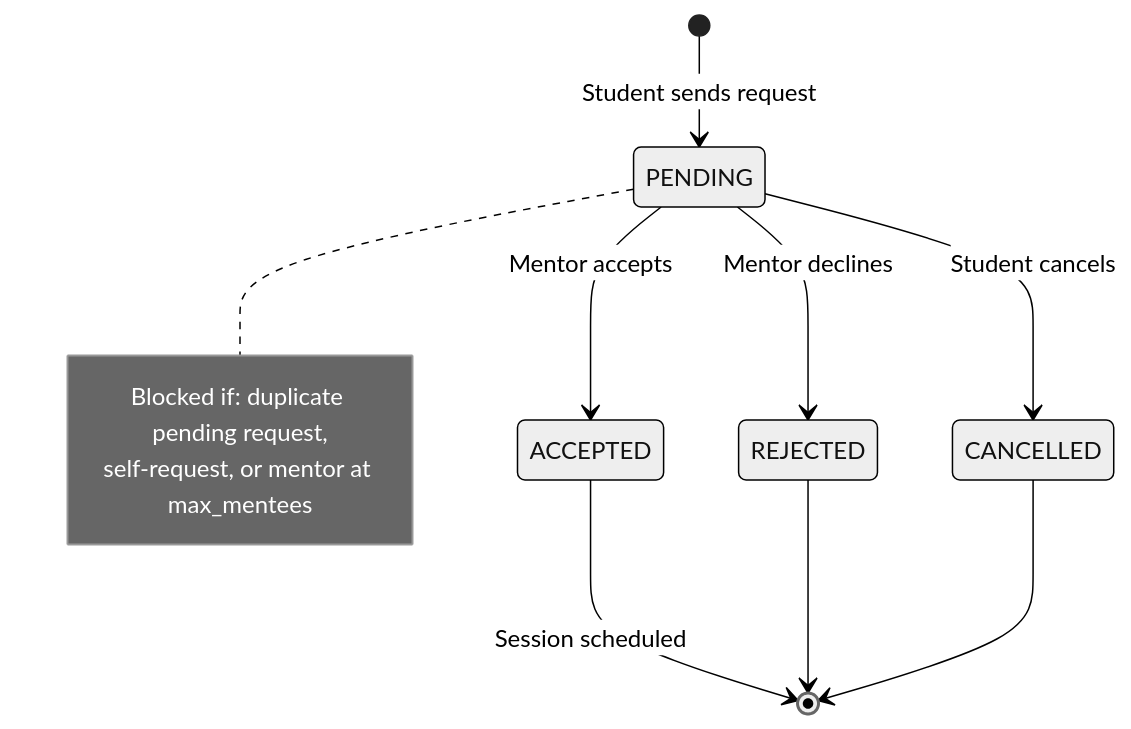
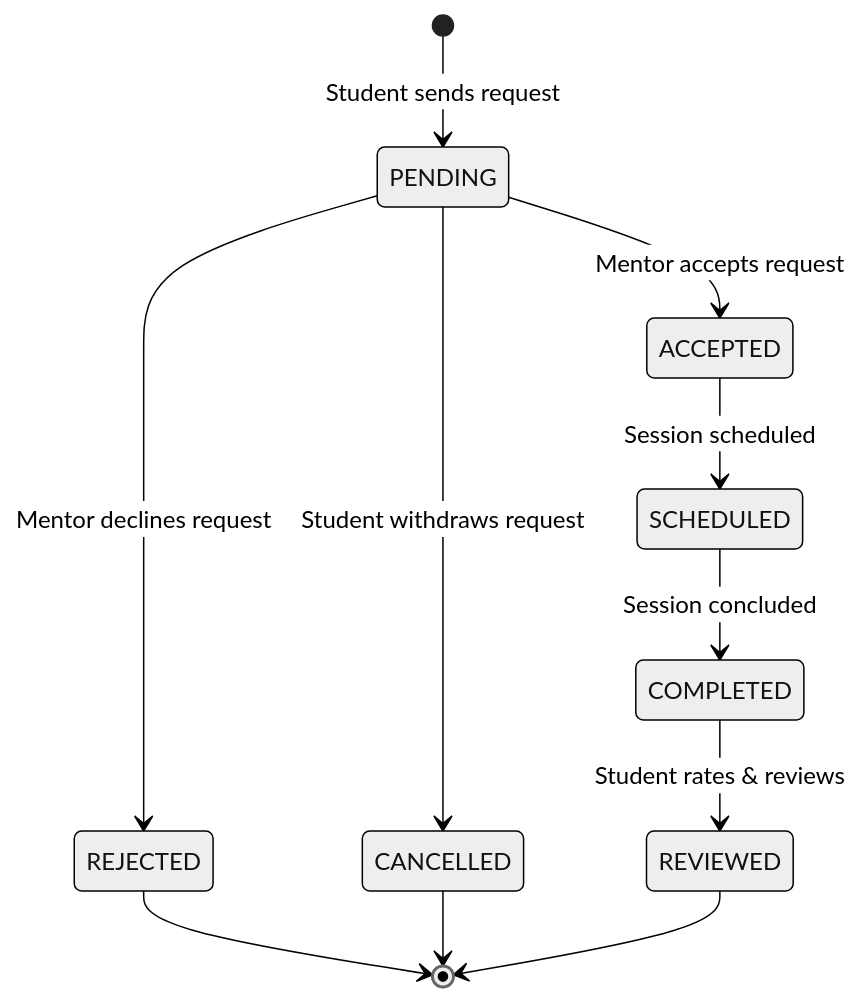
The second of 4 diagrams in README.md (anuragpatil1729/Alumni-Mentoring-Portal), drawn with Mermaid (neutral theme) before and after one commit. The commit also changed other lines of this file, not shown here.

````diff
--- a/README.md
+++ b/README.md
@@ -111,15 +127,13 @@
 ```mermaid
 stateDiagram-v2
     [*] --> PENDING: Student sends request
-    PENDING --> ACCEPTED: Mentor accepts
-    PENDING --> REJECTED: Mentor declines
-    PENDING --> CANCELLED: Student cancels
-    ACCEPTED --> [*]: Session scheduled
+    PENDING --> ACCEPTED: Mentor accepts request
+    PENDING --> REJECTED: Mentor declines request
+    PENDING --> CANCELLED: Student withdraws request
+    ACCEPTED --> SCHEDULED: Session scheduled
+    SCHEDULED --> COMPLETED: Session concluded
+    COMPLETED --> REVIEWED: Student rates & reviews
     REJECTED --> [*]
     CANCELLED --> [*]
-
-    note right of PENDING
-        Blocked if: duplicate pending request,
-        self-request, or mentor at max_mentees
-    end note
+    REVIEWED --> [*]
 ```
````
